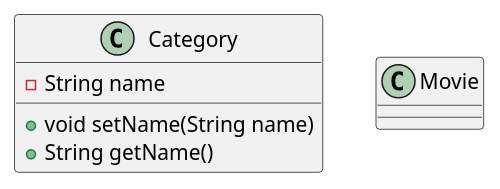
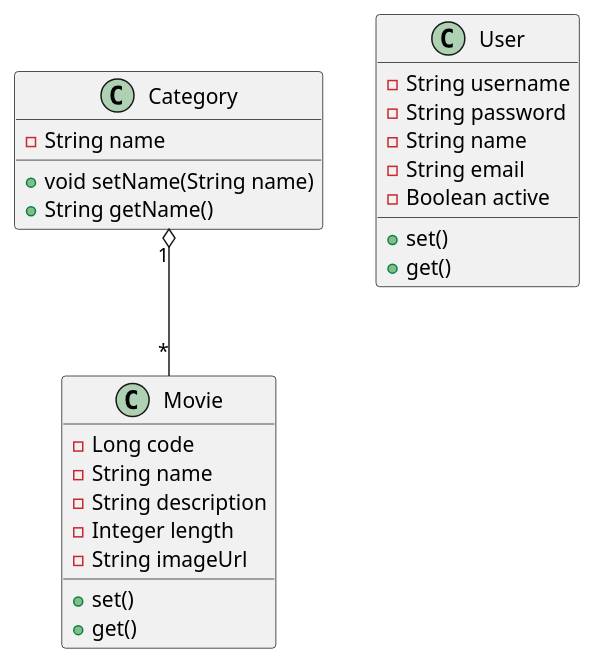
The diagram in doc/modelo_datos.puml (coscristian/MoviesCatalog), drawn with PlantUML before and after one commit. The commit also changed 22 other files, not shown here.

```diff
--- a/doc/modelo_datos.puml
+++ b/doc/modelo_datos.puml
@@ -1,15 +1,32 @@
 @startuml
 
 class Category {
     - String name
     + void setName(String name)
     + String getName()
 }
 
 class Movie {
+    - Long code
+    - String name
+    - String description
+    - Integer length
+    - String imageUrl
+    + set()
+    + get()
+}
 
+class User {
+    - String username
+    - String password
+    - String name
+    - String email
+    - Boolean active
+    + set()
+    + get()
 }
 
 
+Category "1" o-- "*" Movie
 
 @enduml
```
